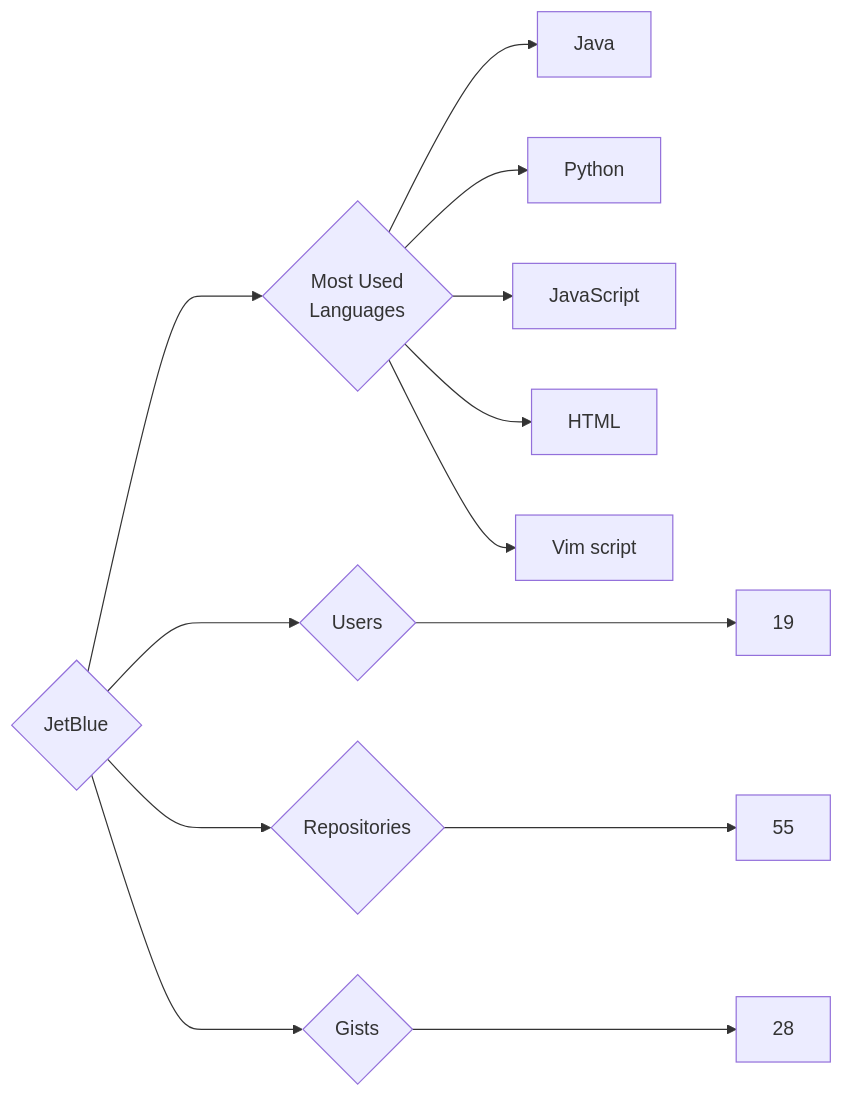
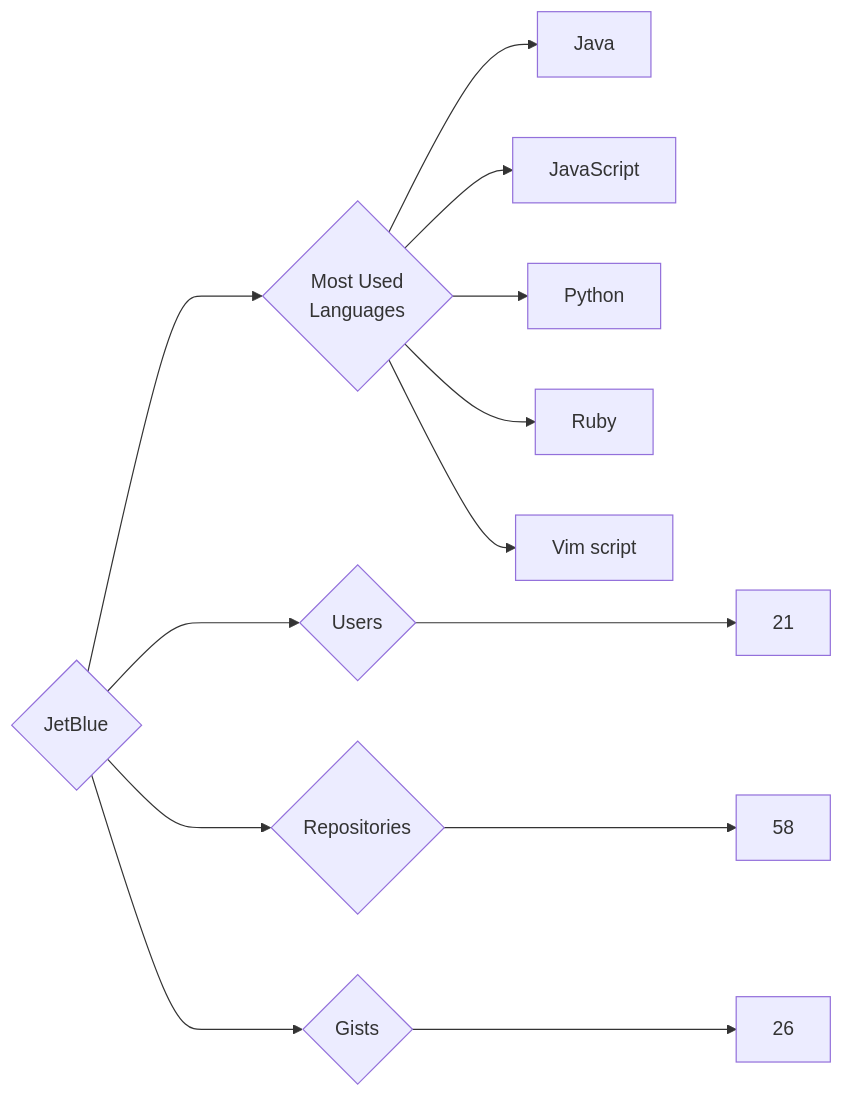
One commit to trickest/insiders changed the diagram in targets/JetBlue/README.md. Above: the diagram before and after it, drawn with Mermaid. The commit also changed 900 other files, not shown here.

````diff
--- a/targets/JetBlue/README.md
+++ b/targets/JetBlue/README.md
@@ -3,13 +3,13 @@
 ```mermaid
 graph LR
 COMPANY_NAME{JetBlue}
-COMPANY_NAME ---> U{Users} ---> UN[19]
-COMPANY_NAME ---> R{Repositories} ---> RN[55]
-COMPANY_NAME ---> G{Gists} ---> GN[28]
+COMPANY_NAME ---> U{Users} ---> UN[21]
+COMPANY_NAME ---> R{Repositories} ---> RN[58]
+COMPANY_NAME ---> G{Gists} ---> GN[26]
 COMPANY_NAME ---> ML{Most Used<br>Languages}
 ML --> Java[Java]
+ML --> JavaScript[JavaScript]
 ML --> Python[Python]
-ML --> JavaScript[JavaScript]
-ML --> HTML[HTML]
+ML --> Ruby[Ruby]
 ML --> Vim_script[Vim script]
 ```
````
